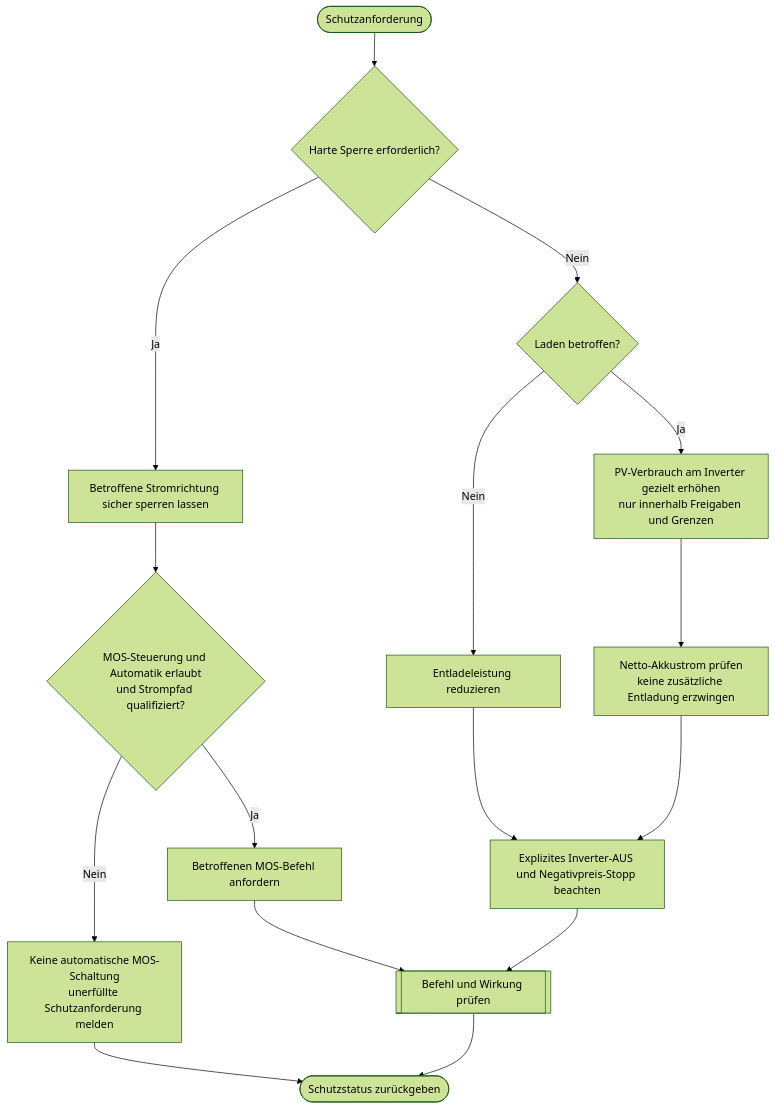
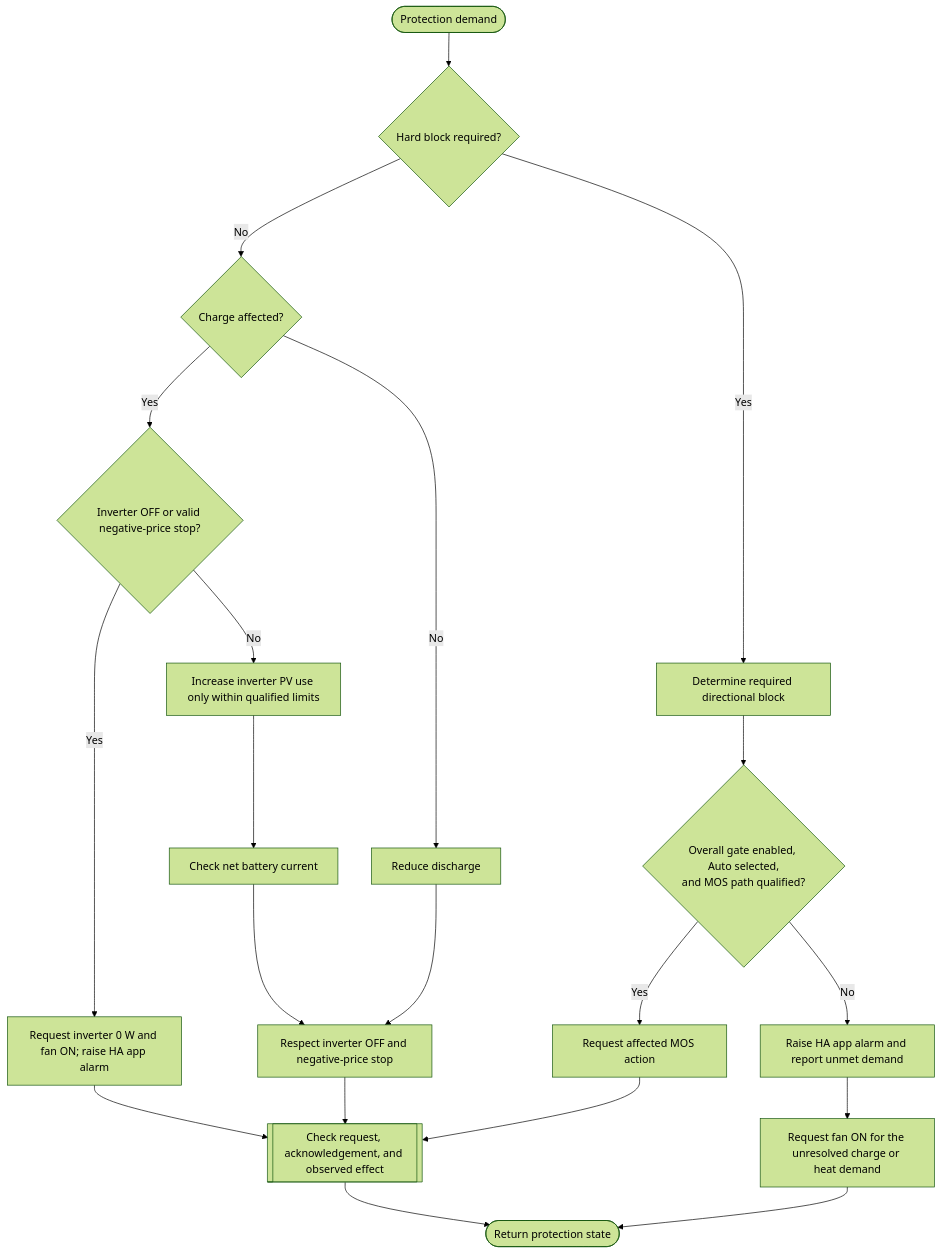
The diagram in docs/regelungsplannung/04-schutzreaktion.md (vitalyruhl/SolarBatteryTelemetry), drawn with Mermaid (forest theme) before and after one commit. The commit also changed other lines of this file and 13 other files, not shown here.

````diff
--- a/docs/regelungsplannung/04-schutzreaktion.md
+++ b/docs/regelungsplannung/04-schutzreaktion.md
@@ -16,18 +18,21 @@
 ```mermaid
 flowchart TD
-    A([Schutzanforderung]) --> B{Harte Sperre erforderlich?}
-    B -- Nein --> C{Laden betroffen?}
-    C -- Ja --> D[PV-Verbrauch am Inverter gezielt erhöhen<br/>nur innerhalb Freigaben und Grenzen]
-    C -- Nein --> E[Entladeleistung reduzieren]
-    D --> F[Netto-Akkustrom prüfen<br/>keine zusätzliche Entladung erzwingen]
-    E --> G
-    F --> G[Explizites Inverter-AUS und Negativpreis-Stopp beachten]
-    B -- Ja --> H[Betroffene Stromrichtung sicher sperren lassen]
-    H --> I{MOS-Steuerung und Automatik erlaubt<br/>und Strompfad qualifiziert?}
-    I -- Ja --> J[Betroffenen MOS-Befehl anfordern]
-    I -- Nein --> K[Keine automatische MOS-Schaltung<br/>unerfüllte Schutzanforderung melden]
-    J --> L[[Befehl und Wirkung prüfen]]
-    K --> M([Schutzstatus zurückgeben])
-    G --> L
-    L --> M
+ A([Protection demand]) --> B{Hard block required?}
+ B -- No --> C{Charge affected?}
+ C -- Yes --> OFF{Inverter OFF or valid negative-price stop?}
+ OFF -- Yes --> ALERT[Request inverter 0 W and fan ON; raise HA app alarm]
+ ALERT --> L
+ OFF -- No --> D[Increase inverter PV use only within qualified limits]
+ C -- No --> E[Reduce discharge]
+ D --> F[Check net battery current]
+ E --> G
+ F --> G[Respect inverter OFF and negative-price stop]
+ B -- Yes --> H[Determine required directional block]
+ H --> I{Overall gate enabled, Auto selected,<br/>and MOS path qualified?}
+ I -- Yes --> J[Request affected MOS action]
+ I -- No --> K[Raise HA app alarm and report unmet demand]
+ J --> L[[Check request, acknowledgement, and observed effect]]
+ K --> FAN[Request fan ON for the unresolved charge or heat demand]
+ FAN --> M([Return protection state])
+ G --> L --> M
 ```
````
